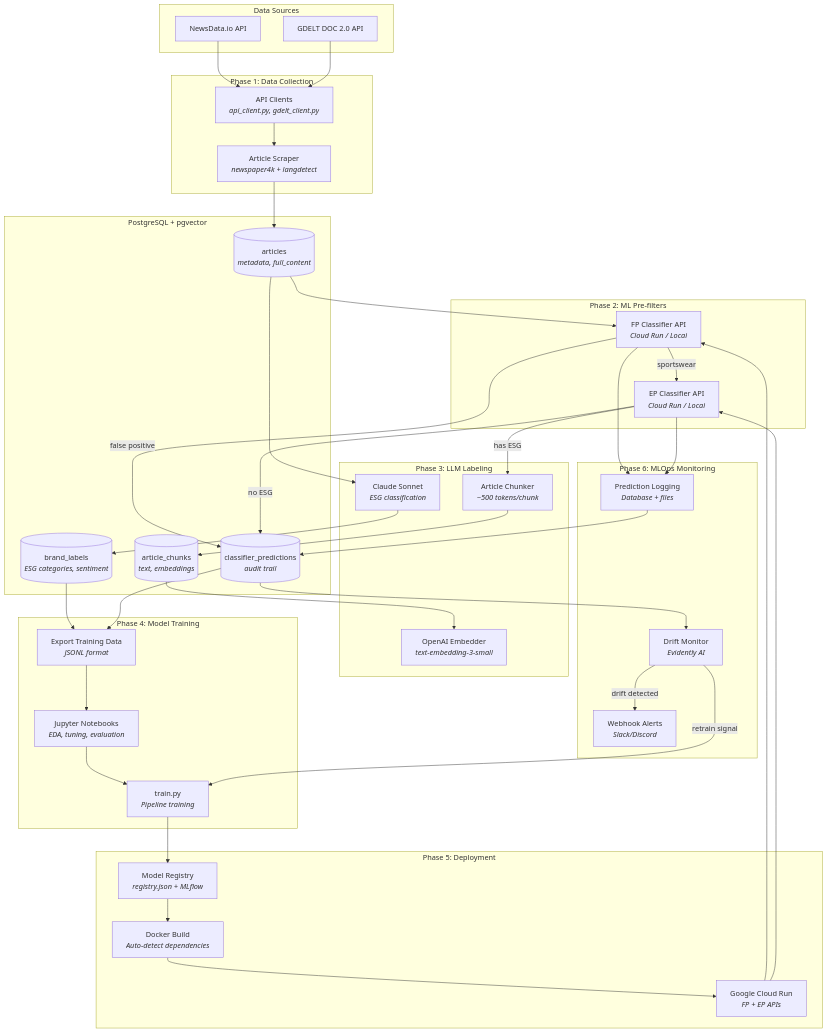
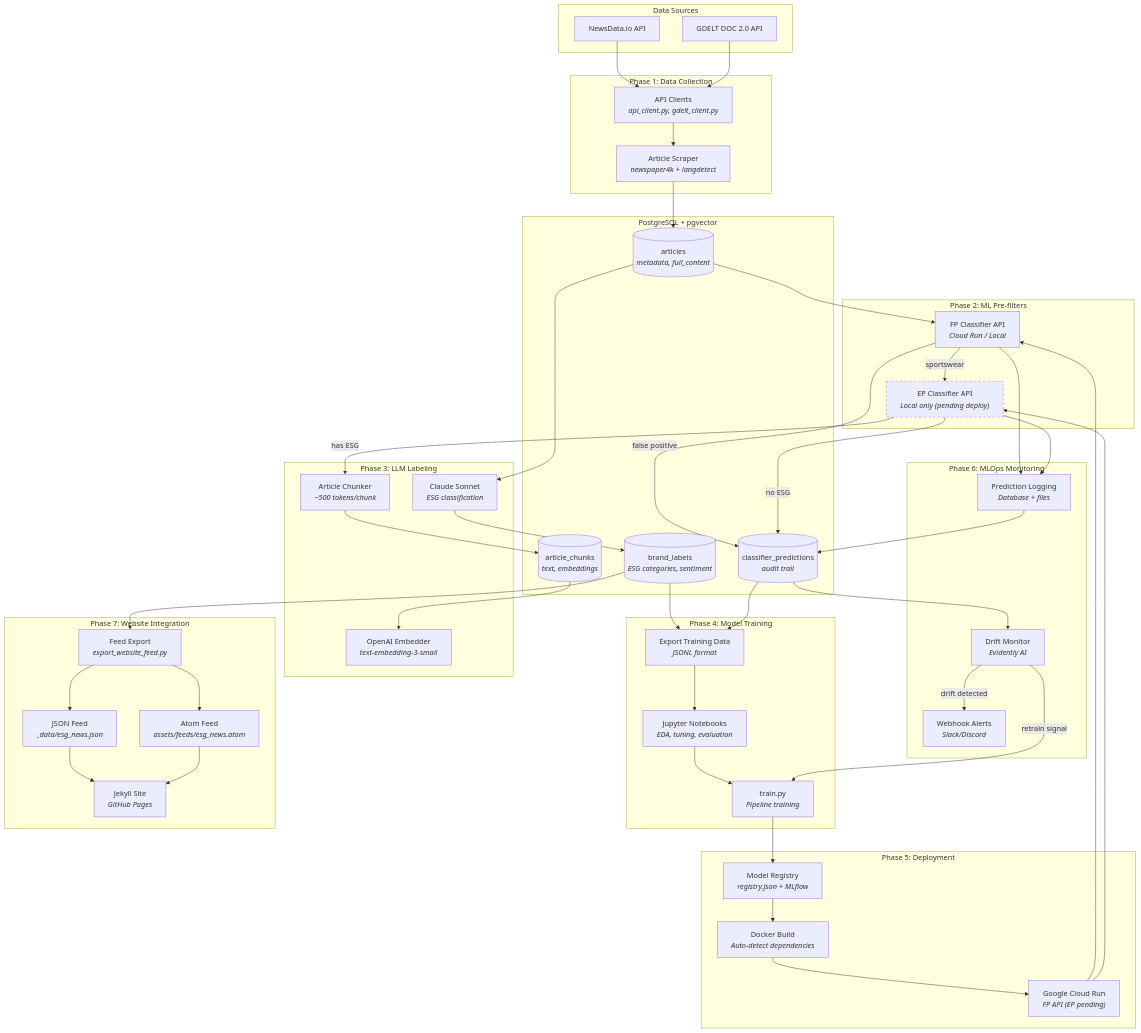
One commit to frederick-douglas-pearce/sportswear-esg-news-classifier changed the diagram in README.md. Above: the diagram before and after it, drawn with Mermaid. The commit also changed other lines of this file, not shown here.

Commit message:
Update system architecture diagram and roadmap descriptions
Diagram updates:
- Add Phase 7: Website Integration (feed export → JSON/Atom → Jekyll)
- Mark EP classifier as pending deployment (dashed style)
- Update Cloud Run label to show FP deployed, EP pending

Roadmap corrections:
- fp1: Update feature engineering description (TF-IDF+LSA/NER/Brand/Proximity)
- fp3: Add feature importance to description
- Phase 4: Change F1 to PR-AUC in metrics list

🤖 Generated with [Claude Code](https://claude.com/claude-code)

````diff
--- a/README.md
+++ b/README.md
@@ -102,7 +102,7 @@
 
     subgraph prefilter["Phase 2: ML Pre-filters"]
         fp_api["FP Classifier API<br/><i>Cloud Run / Local</i>"]
-        ep_api["EP Classifier API<br/><i>Cloud Run / Local</i>"]
+        ep_api["EP Classifier API<br/><i>Local only (pending deploy)</i>"]
     end
 
     subgraph labeling["Phase 3: LLM Labeling"]
@@ -120,13 +120,20 @@
     subgraph deployment["Phase 5: Deployment"]
         registry["Model Registry<br/><i>registry.json + MLflow</i>"]
         docker["Docker Build<br/><i>Auto-detect dependencies</i>"]
-        cloudrun["Google Cloud Run<br/><i>FP + EP APIs</i>"]
+        cloudrun["Google Cloud Run<br/><i>FP API (EP pending)</i>"]
     end
 
     subgraph monitoring["Phase 6: MLOps Monitoring"]
         pred_logs["Prediction Logging<br/><i>Database + files</i>"]
         drift["Drift Monitor<br/><i>Evidently AI</i>"]
         alerts["Webhook Alerts<br/><i>Slack/Discord</i>"]
+    end
+
+    subgraph website["Phase 7: Website Integration"]
+        feed_export["Feed Export<br/><i>export_website_feed.py</i>"]
+        json_feed["JSON Feed<br/><i>_data/esg_news.json</i>"]
+        atom_feed["Atom Feed<br/><i>assets/feeds/esg_news.atom</i>"]
+        jekyll["Jekyll Site<br/><i>GitHub Pages</i>"]
     end
 
     %% Data Collection Flow
@@ -168,4 +175,14 @@
     predictions --> drift
     drift -->|"drift detected"| alerts
     drift -->|"retrain signal"| train
+
+    %% Website Flow
+    labels --> feed_export
+    feed_export --> json_feed
+    feed_export --> atom_feed
+    json_feed --> jekyll
+    atom_feed --> jekyll
+
+    %% Styling for pending deployment
+    style ep_api stroke-dasharray: 5 5
 ```
````
